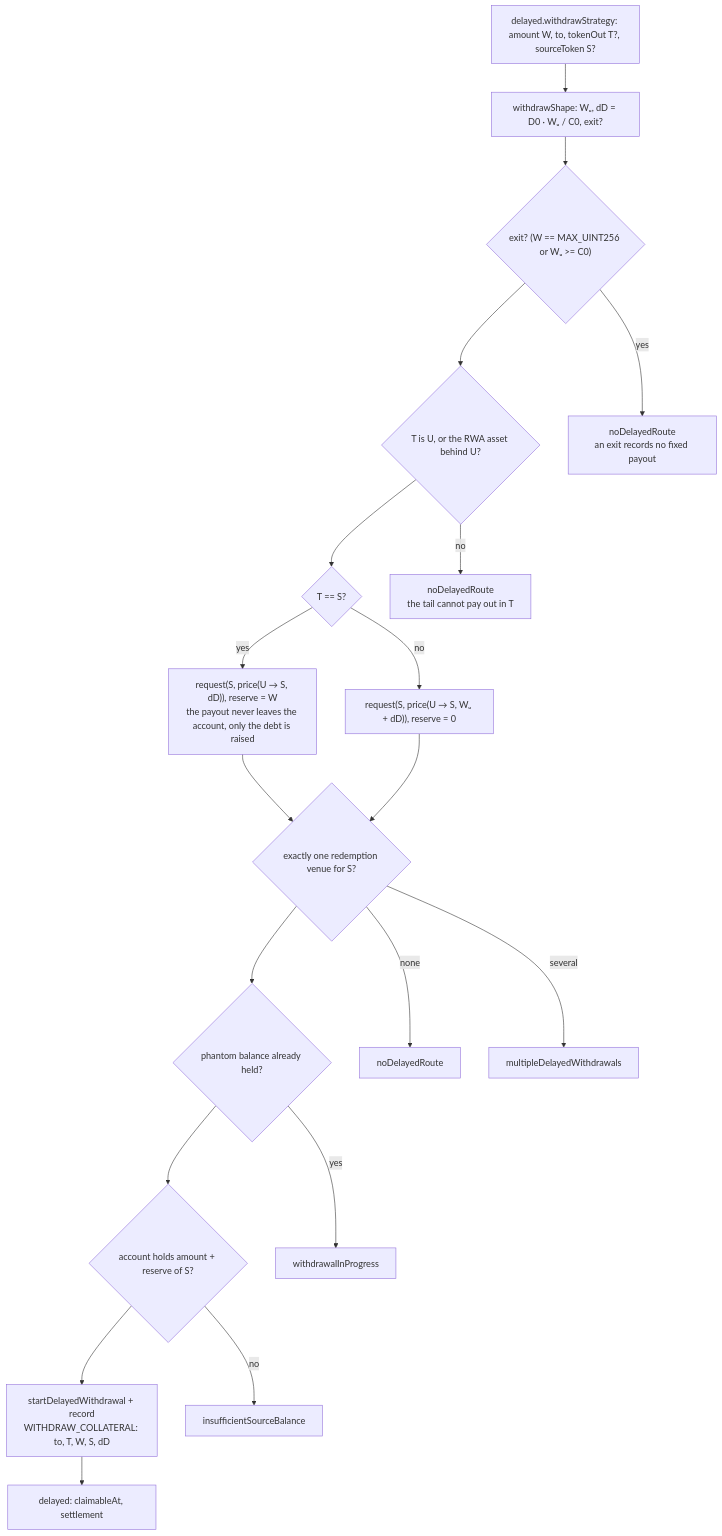
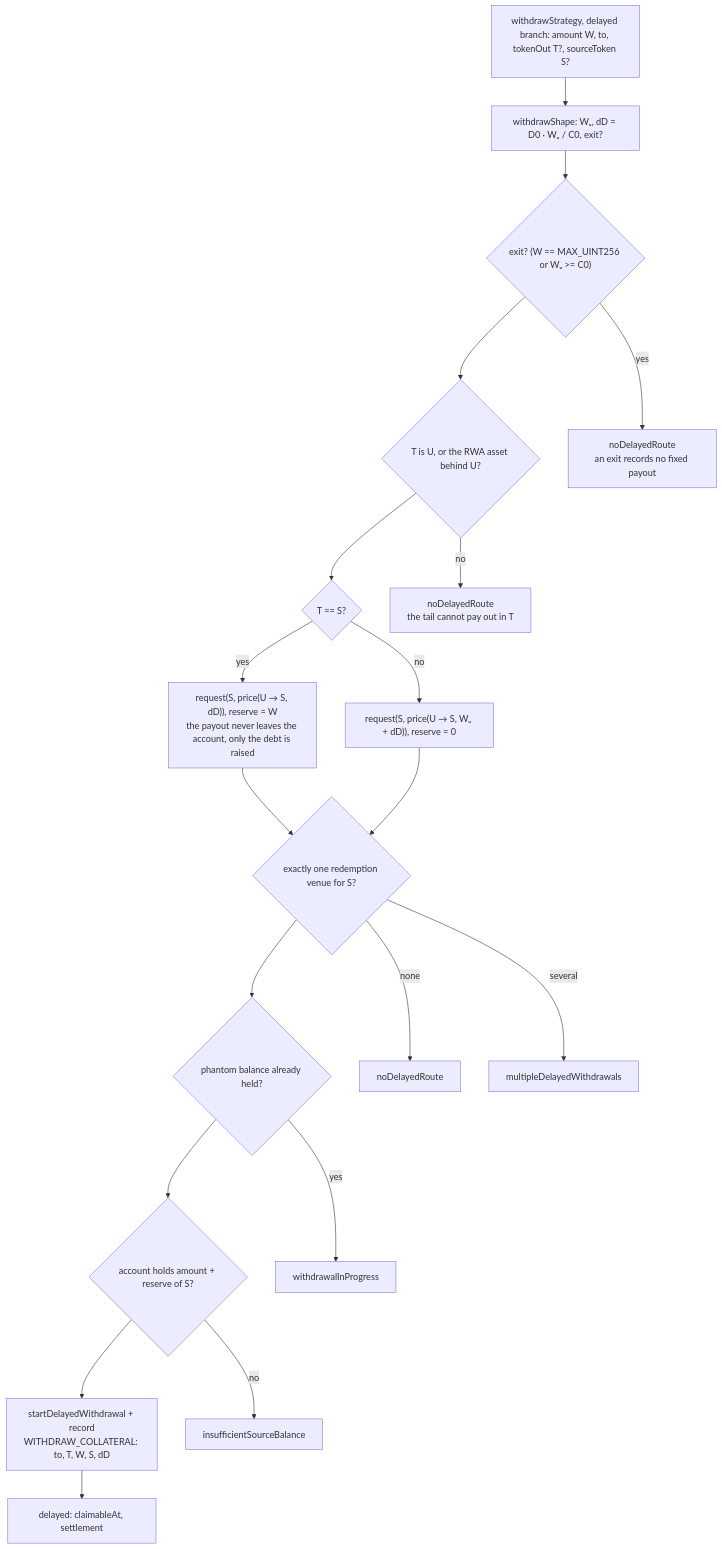
One commit to Gearbox-protocol/sdk changed the second of 7 diagrams in docs/intents/delayed.md. Above: the diagram before and after it, drawn with Mermaid. The commit also changed other lines of this file and 24 other files, not shown here.

````diff
--- a/docs/intents/delayed.md
+++ b/docs/intents/delayed.md
@@ -39,30 +39,30 @@
 ```mermaid
 flowchart TD
-  in["delayed.withdrawStrategy: amount W, to, tokenOut T?, sourceToken S?"]
+  in["withdrawStrategy, delayed branch: amount W, to, tokenOut T?, sourceToken S?"]
   shape["withdrawShape: Wᵤ, dD = D0 · Wᵤ / C0, exit?"]
   all{"exit? (W == MAX_UINT256 or Wᵤ >= C0)"}
   pay{"T is U, or the RWA asset behind U?"}
   src{"T == S?"}
   r1["request(S, price(U → S, dD)), reserve = W<br/>the payout never leaves the account, only the debt is raised"]
   r2["request(S, price(U → S, Wᵤ + dD)), reserve = 0"]
   cfg{"exactly one redemption venue for S?"}
   ph{"phantom balance already held?"}
   holds{"account holds amount + reserve of S?"}
   op["startDelayedWithdrawal + record<br/>WITHDRAW_COLLATERAL: to, T, W, S, dD"]
   out["delayed: claimableAt, settlement"]
 
   in --> shape --> all
   all -->|"yes"| e1["noDelayedRoute<br/>an exit records no fixed payout"]
   all --> pay
   pay -->|"no"| e2["noDelayedRoute<br/>the tail cannot pay out in T"]
   pay --> src
   src -->|"yes"| r1 --> cfg
   src -->|"no"| r2 --> cfg
   cfg -->|"none"| e3["noDelayedRoute"]
   cfg -->|"several"| e4["multipleDelayedWithdrawals"]
   cfg --> ph
   ph -->|"yes"| e5["withdrawalInProgress"]
   ph --> holds
   holds -->|"no"| e6["insufficientSourceBalance"]
   holds --> op --> out
 ```
````
